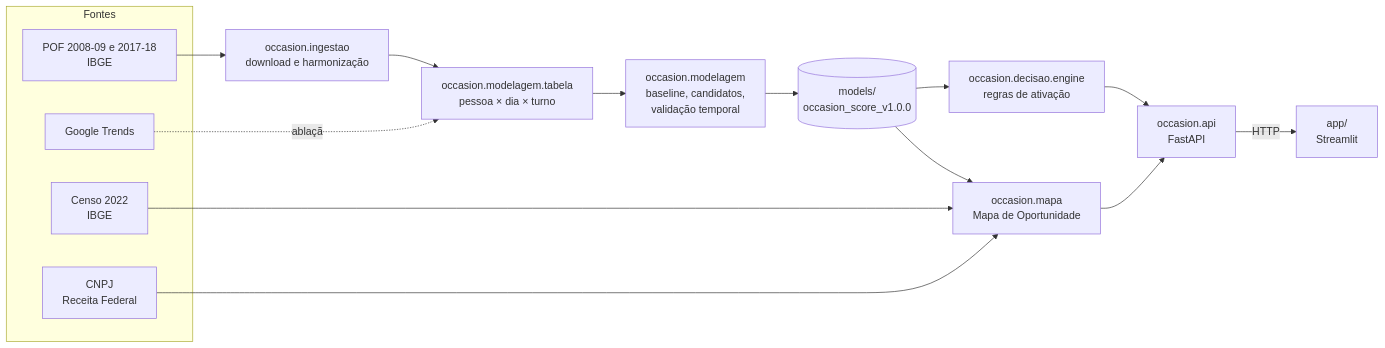
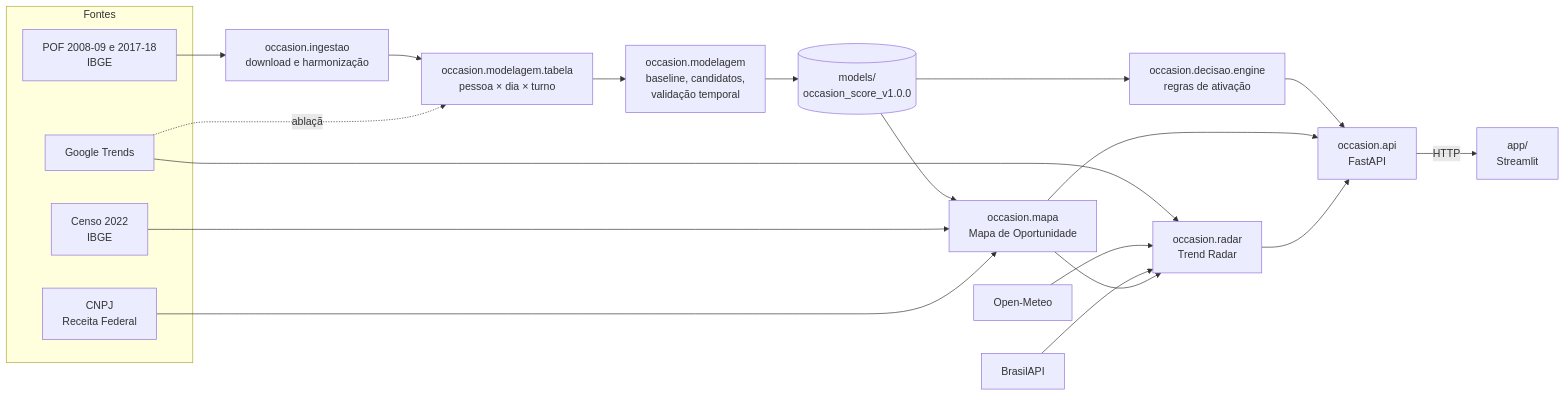
One commit to gnfes/ambev-occasion-intelligence changed the diagram in README.md. Above: the diagram before and after it, drawn with Mermaid. The commit also changed other lines of this file and 12 other files, not shown here.

````diff
--- a/README.md
+++ b/README.md
@@ -102,21 +110,26 @@
 ```mermaid
 flowchart LR
     subgraph Fontes
         POF[POF 2008-09 e 2017-18<br/>IBGE]
         Censo[Censo 2022<br/>IBGE]
         CNPJ[CNPJ<br/>Receita Federal]
         Trends[Google Trends]
     end
     POF --> Ingestao[occasion.ingestao<br/>download e harmonização]
     Ingestao --> Tabela[occasion.modelagem.tabela<br/>pessoa × dia × turno]
     Trends -.ablação.-> Tabela
     Tabela --> Modelo[occasion.modelagem<br/>baseline, candidatos,<br/>validação temporal]
     Modelo --> Final[(models/<br/>occasion_score_v1.0.0)]
     Final --> Engine[occasion.decisao.engine<br/>regras de ativação]
     Final --> Mapa[occasion.mapa<br/>Mapa de Oportunidade]
     Censo --> Mapa
     CNPJ --> Mapa
     Engine --> API[occasion.api<br/>FastAPI]
     Mapa --> API
+    Trends --> Radar[occasion.radar<br/>Trend Radar]
+    Clima[Open-Meteo] --> Radar
+    Feriados[BrasilAPI] --> Radar
+    Mapa --> Radar
+    Radar --> API
     API -->|HTTP| App[app/<br/>Streamlit]
 ```
````
